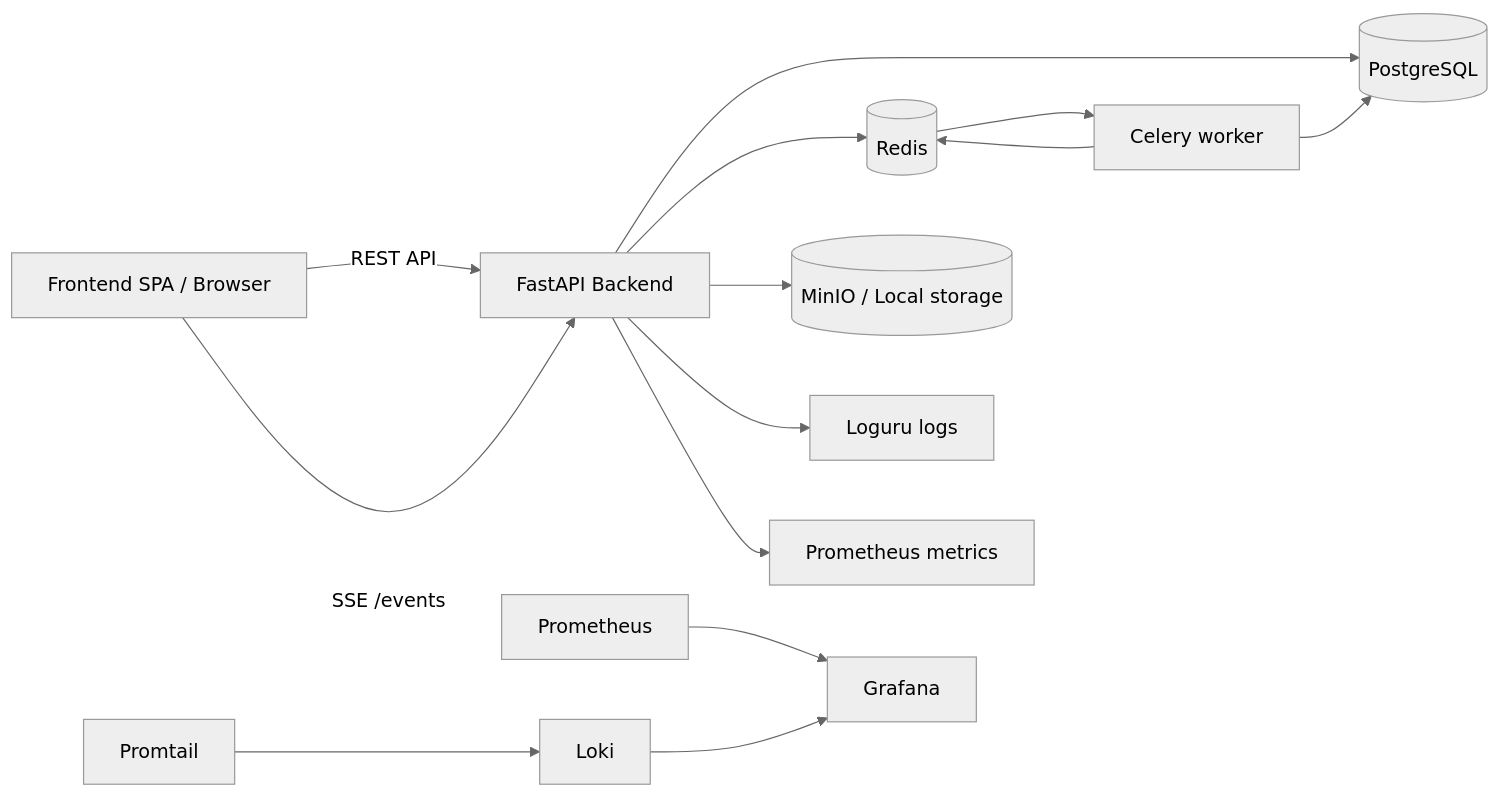
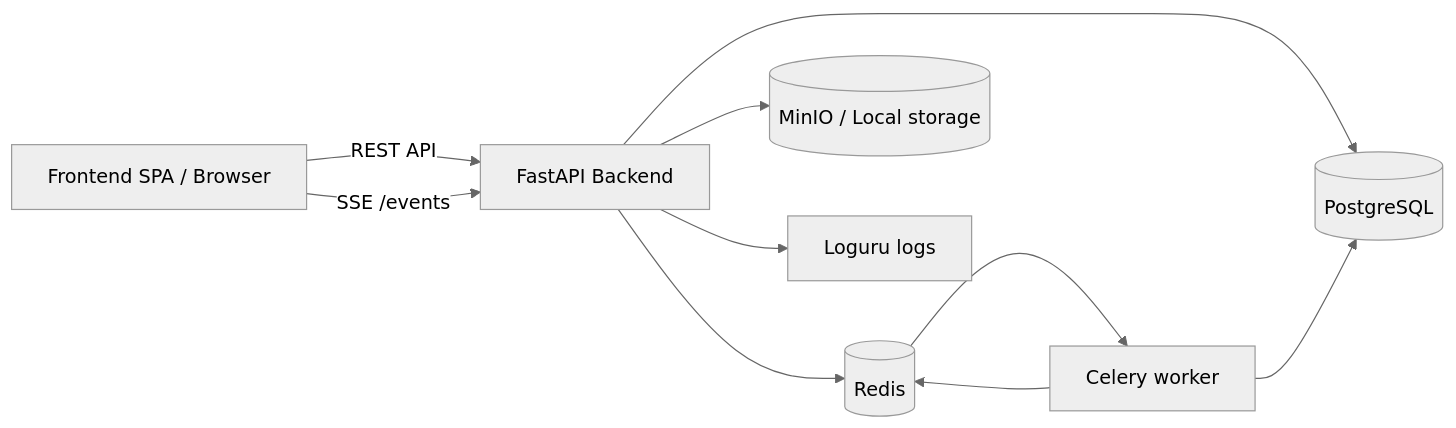
The first of 2 diagrams in README.md (Al-exe-i/bgitu_computers_management), drawn with Mermaid (neutral theme) before and after one commit. The commit also changed other lines of this file and 20 other files, not shown here.

````diff
--- a/README.md
+++ b/README.md
@@ -114,20 +109,14 @@
 ```mermaid
 flowchart LR
     Client[Frontend SPA / Browser] -->|REST API| API[FastAPI Backend]
     Client -->|SSE /events| API
 
     API --> DB[(PostgreSQL)]
     API --> Redis[(Redis)]
     API --> Storage[(MinIO / Local storage)]
     API --> Logs[Loguru logs]
 
     Redis --> Celery[Celery worker]
     Celery --> DB
     Celery --> Redis
-
-    API --> Metrics[Prometheus metrics]
-
-    Prometheus[Prometheus] --> Grafana[Grafana]
-    Promtail[Promtail] --> Loki[Loki]
-    Loki --> Grafana
 ```
````
